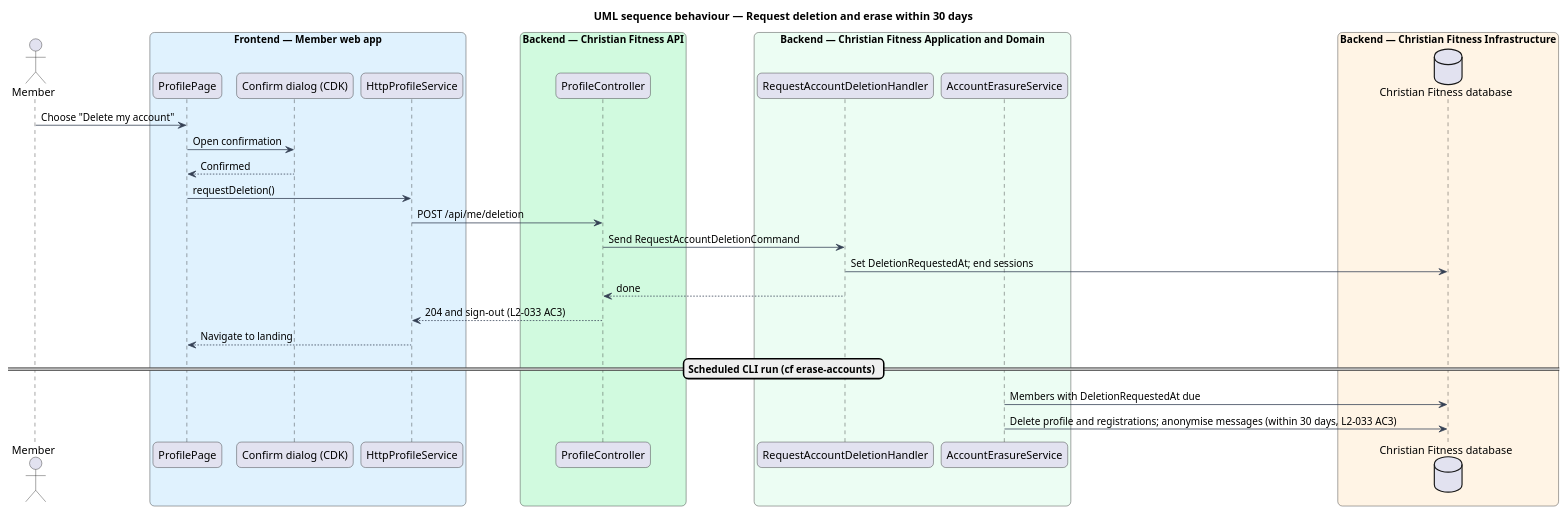
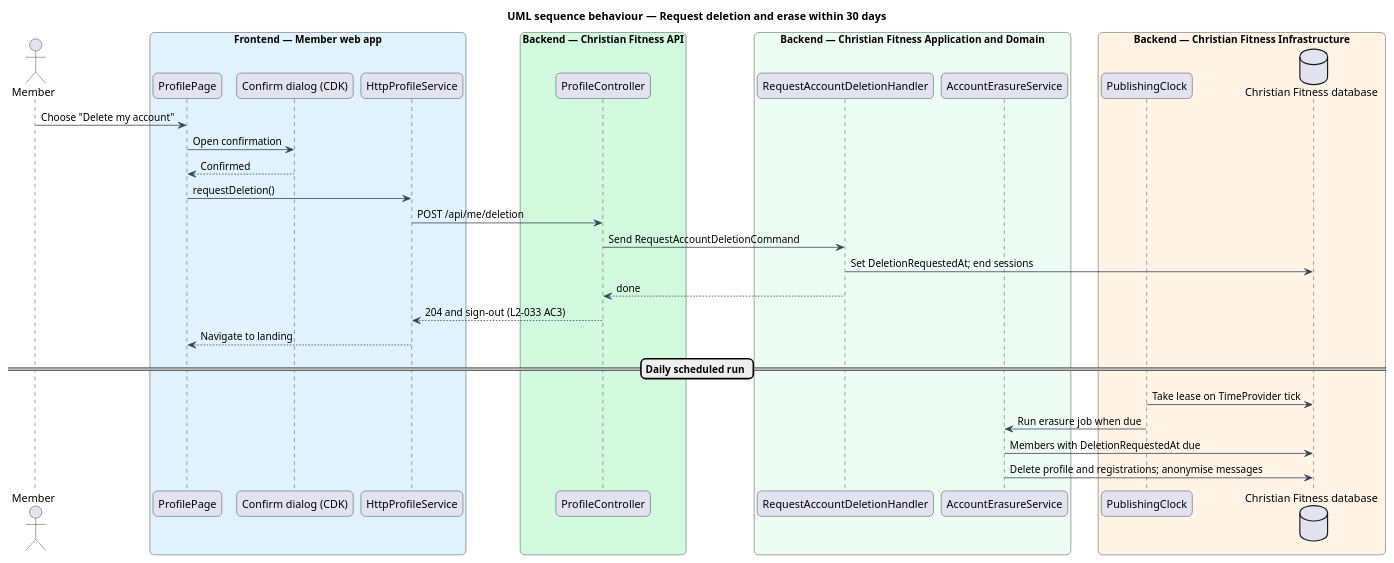
One commit to QuinntyneBrown/christian-fitness changed the diagram in docs/detailed-designs/security/protect-personal-data/diagrams/sequence-delete-account.puml. Above: the diagram before and after it, drawn with PlantUML. The commit also changed 33 other files, not shown here.

```diff
--- a/docs/detailed-designs/security/protect-personal-data/diagrams/sequence-delete-account.puml
+++ b/docs/detailed-designs/security/protect-personal-data/diagrams/sequence-delete-account.puml
@@ -1,46 +1,49 @@
 @startuml
 title UML sequence behaviour — Request deletion and erase within 30 days
 skinparam backgroundColor #FFFFFF
 skinparam shadowing false
 skinparam roundcorner 12
 skinparam defaultFontName Arial
 skinparam ArrowColor #344054
 skinparam rectangle {
   BorderColor #344054
   FontColor #101828
 }
 skinparam package {
   BorderColor #667085
   FontColor #101828
   BackgroundColor #F9FAFB
 }
 actor "Member" as actor
 box "Frontend — Member web app" #E0F2FE
   participant "ProfilePage" as page
   participant "Confirm dialog (CDK)" as dlg
   participant "HttpProfileService" as http
 end box
 box "Backend — Christian Fitness API" #D1FADF
   participant "ProfileController" as ctrl
 end box
 box "Backend — Christian Fitness Application and Domain" #ECFDF3
   participant "RequestAccountDeletionHandler" as h
   participant "AccountErasureService" as er
 end box
 box "Backend — Christian Fitness Infrastructure" #FFF4E5
+  participant "PublishingClock" as clock
   database "Christian Fitness database" as db
 end box
 actor -> page : Choose "Delete my account"
 page -> dlg : Open confirmation
 dlg --> page : Confirmed
 page -> http : requestDeletion()
 http -> ctrl : POST /api/me/deletion
 ctrl -> h : Send RequestAccountDeletionCommand
 h -> db : Set DeletionRequestedAt; end sessions
 h --> ctrl : done
 ctrl --> http : 204 and sign-out (L2-033 AC3)
 http --> page : Navigate to landing
-== Scheduled CLI run (cf erase-accounts) ==
+== Daily scheduled run ==
+clock -> db : Take lease on TimeProvider tick
+clock -> er : Run erasure job when due
 er -> db : Members with DeletionRequestedAt due
-er -> db : Delete profile and registrations; anonymise messages (within 30 days, L2-033 AC3)
+er -> db : Delete profile and registrations; anonymise messages
 @enduml
```
